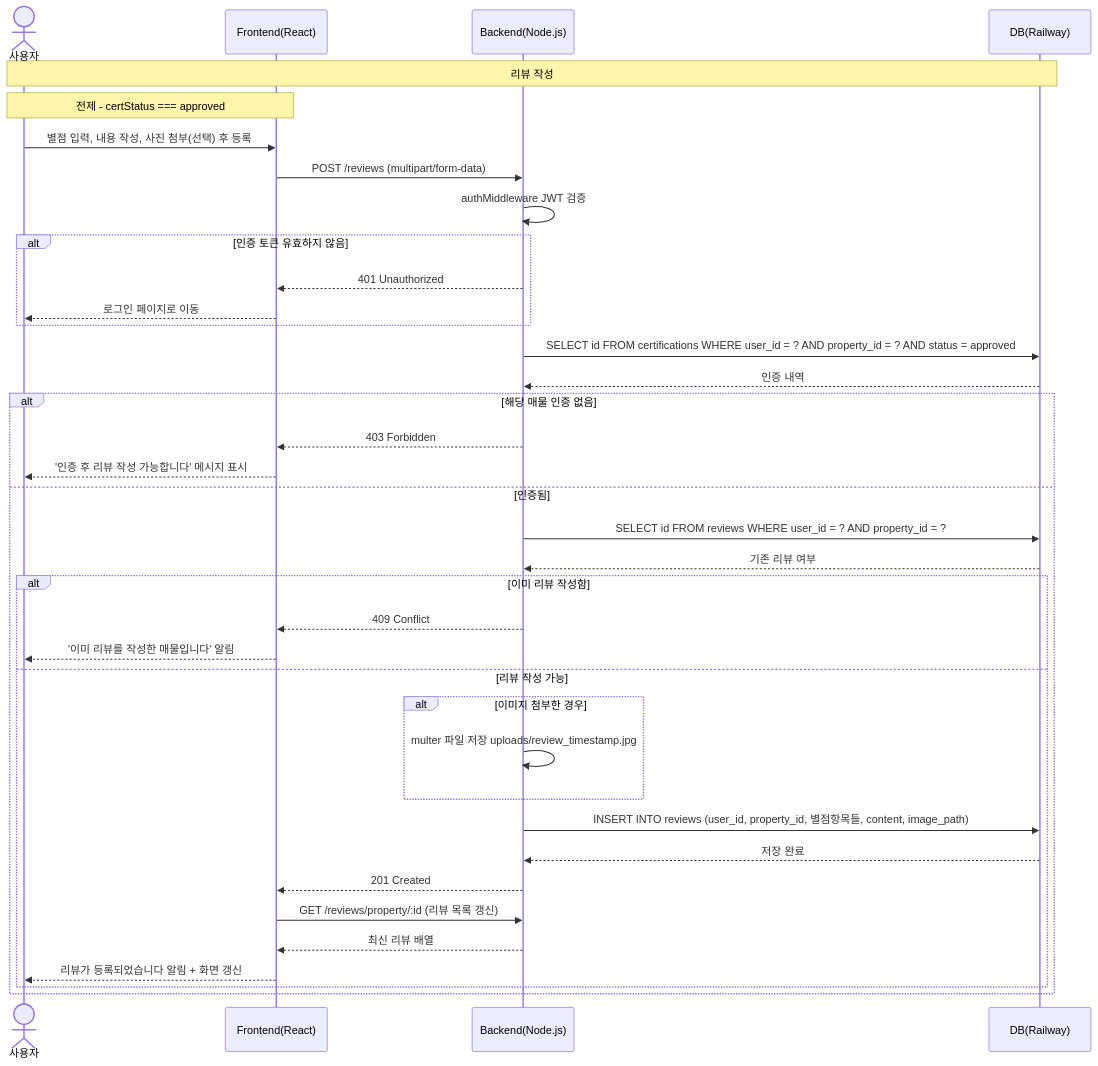
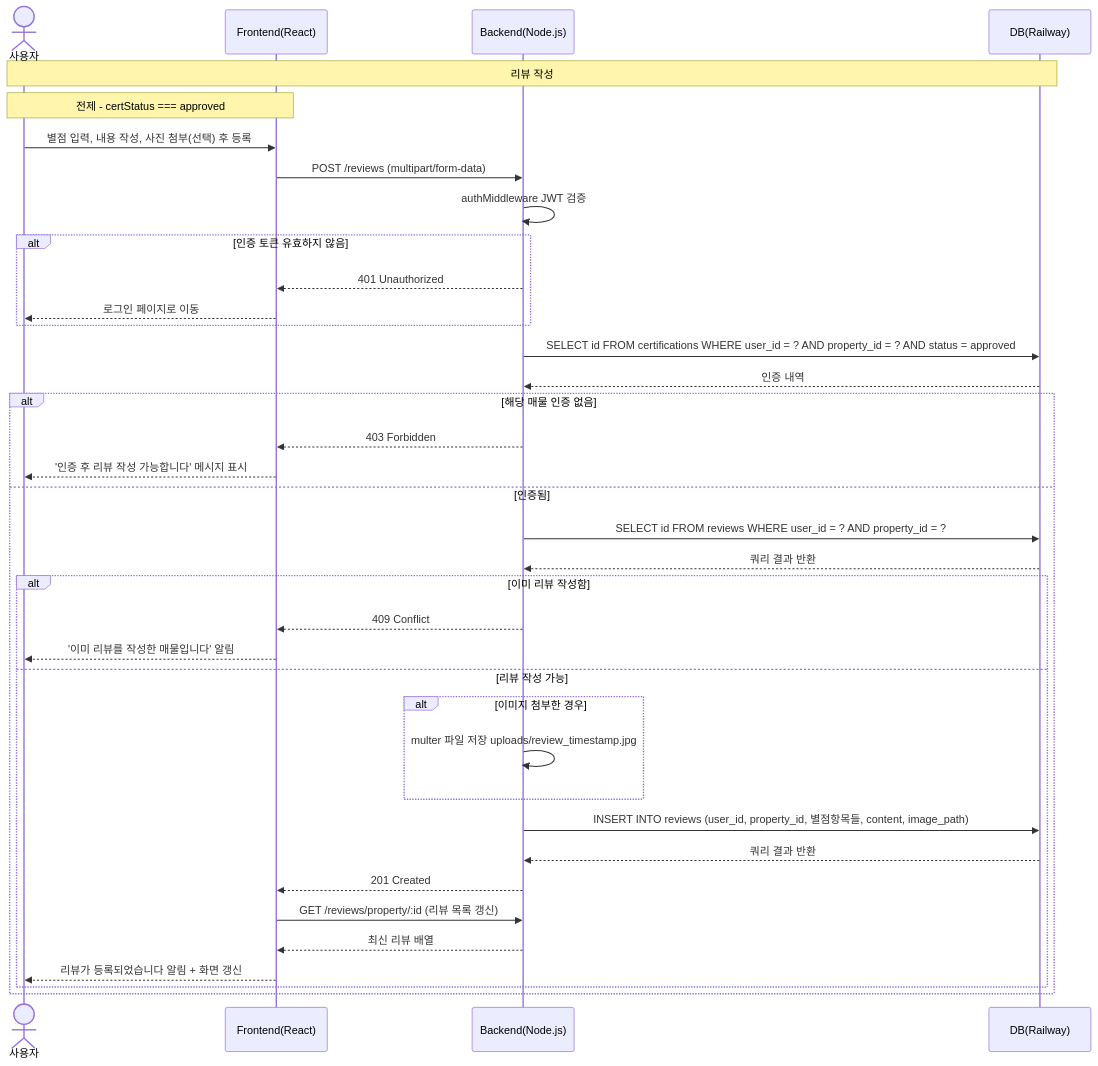
Before and after one commit to gomsaygom/jjab-bang: the seventh of 8 diagrams in report.md, drawn with Mermaid. The commit also changed other lines of this file, not shown here.

Commit message:
feat : 시퀀스 다이어그램 내용 수정

````diff
--- a/report.md
+++ b/report.md
@@ -188,40 +188,40 @@
 ```mermaid
 sequenceDiagram
     actor U as 사용자
     participant F as Frontend(React)
     participant B as Backend(Node.js)
     participant D as DB(Railway)
 
     Note over U,D: 리뷰 작성 
     Note over U,F: 전제 - certStatus === approved
     U->>F: 별점 입력, 내용 작성, 사진 첨부(선택) 후 등록
     F->>B: POST /reviews (multipart/form-data)
     B->>B: authMiddleware JWT 검증
     alt 인증 토큰 유효하지 않음
         B-->>F: 401 Unauthorized
         F-->>U: 로그인 페이지로 이동
     end
     B->>D: SELECT id FROM certifications WHERE user_id = ? AND property_id = ? AND status = approved
     D-->>B: 인증 내역
     alt 해당 매물 인증 없음
         B-->>F: 403 Forbidden
         F-->>U: '인증 후 리뷰 작성 가능합니다' 메시지 표시
     else 인증됨
         B->>D: SELECT id FROM reviews WHERE user_id = ? AND property_id = ?
-        D-->>B: 기존 리뷰 여부
+        D-->>B: 쿼리 결과 반환
         alt 이미 리뷰 작성함
             B-->>F: 409 Conflict
             F-->>U: '이미 리뷰를 작성한 매물입니다' 알림
         else 리뷰 작성 가능
             alt 이미지 첨부한 경우
                 B->>B: multer 파일 저장 uploads/review_timestamp.jpg
             end
             B->>D: INSERT INTO reviews (user_id, property_id, 별점항목들, content, image_path)
-            D-->>B: 저장 완료
+            D-->>B: 쿼리 결과 반환
             B-->>F: 201 Created
             F->>B: GET /reviews/property/:id (리뷰 목록 갱신)
             B-->>F: 최신 리뷰 배열
             F-->>U: 리뷰가 등록되었습니다 알림 + 화면 갱신
         end
     end
 ```
````
